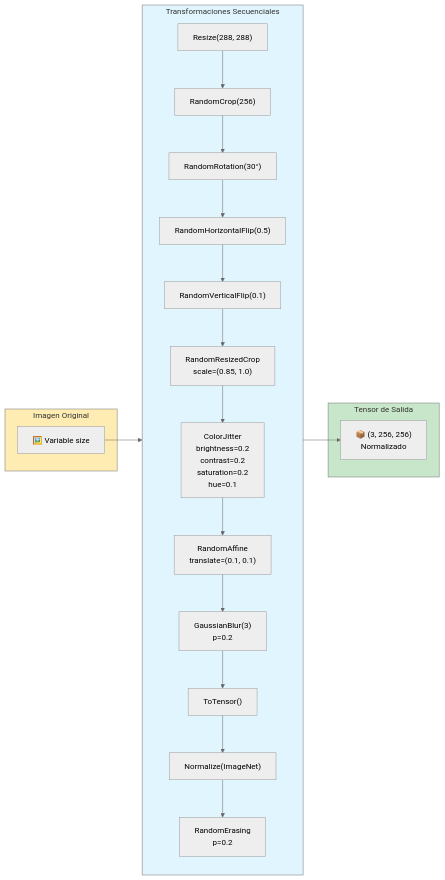
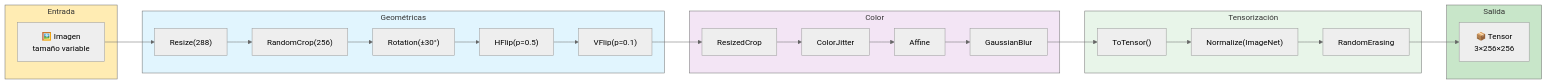
The fourth of 4 diagrams in docs/ENTRENAMIENTO_MODELO_CLASIFICADOR.md (AndresFWilT/mine-group9-dl-project), drawn with Mermaid (neutral theme) before and after one commit. The commit also changed other lines of this file and 1 other file, not shown here.

Commit message:
feat(project): :sparkles: added diagrams to doc tranning

````diff
--- a/docs/ENTRENAMIENTO_MODELO_CLASIFICADOR.md
+++ b/docs/ENTRENAMIENTO_MODELO_CLASIFICADOR.md
@@ -259,32 +190,41 @@
 ```mermaid
 flowchart LR
-    subgraph INPUT["Imagen Original"]
-        IMG["🖼️ Variable size"]
+    subgraph INPUT["Entrada"]
+        IMG["🖼️ Imagen<br/>tamaño variable"]
     end
 
-    subgraph TRANSFORMS["Transformaciones Secuenciales"]
-        direction TB
-        T1["Resize(288, 288)"]
+    subgraph GEOM["Geométricas"]
+        T1["Resize(288)"]
         T2["RandomCrop(256)"]
-        T3["RandomRotation(30°)"]
-        T4["RandomHorizontalFlip(0.5)"]
-        T5["RandomVerticalFlip(0.1)"]
-        T6["RandomResizedCrop<br/>scale=(0.85, 1.0)"]
-        T7["ColorJitter<br/>brightness=0.2<br/>contrast=0.2<br/>saturation=0.2<br/>hue=0.1"]
-        T8["RandomAffine<br/>translate=(0.1, 0.1)"]
-        T9["GaussianBlur(3)<br/>p=0.2"]
+        T3["Rotation(±30°)"]
+        T4["HFlip(p=0.5)"]
+        T5["VFlip(p=0.1)"]
+    end
+
+    subgraph COLOR["Color"]
+        T6["ResizedCrop"]
+        T7["ColorJitter"]
+        T8["Affine"]
+        T9["GaussianBlur"]
+    end
+
+    subgraph TENSOR["Tensorización"]
         T10["ToTensor()"]
         T11["Normalize(ImageNet)"]
-        T12["RandomErasing<br/>p=0.2"]
+        T12["RandomErasing"]
     end
 
-    subgraph OUTPUT["Tensor de Salida"]
-        OUT["📦 (3, 256, 256)<br/>Normalizado"]
+    subgraph OUTPUT["Salida"]
+        OUT["📦 Tensor<br/>3×256×256"]
     end
 
-    IMG --> T1 --> T2 --> T3 --> T4 --> T5 --> T6 --> T7 --> T8 --> T9 --> T10 --> T11 --> T12 --> OUT
+    IMG --> T1 --> T2 --> T3 --> T4 --> T5
+    T5 --> T6 --> T7 --> T8 --> T9
+    T9 --> T10 --> T11 --> T12 --> OUT
 
     style INPUT fill:#ffecb3
-    style TRANSFORMS fill:#e1f5fe
+    style GEOM fill:#e1f5fe
+    style COLOR fill:#f3e5f5
+    style TENSOR fill:#e8f5e9
     style OUTPUT fill:#c8e6c9
 ```
````
